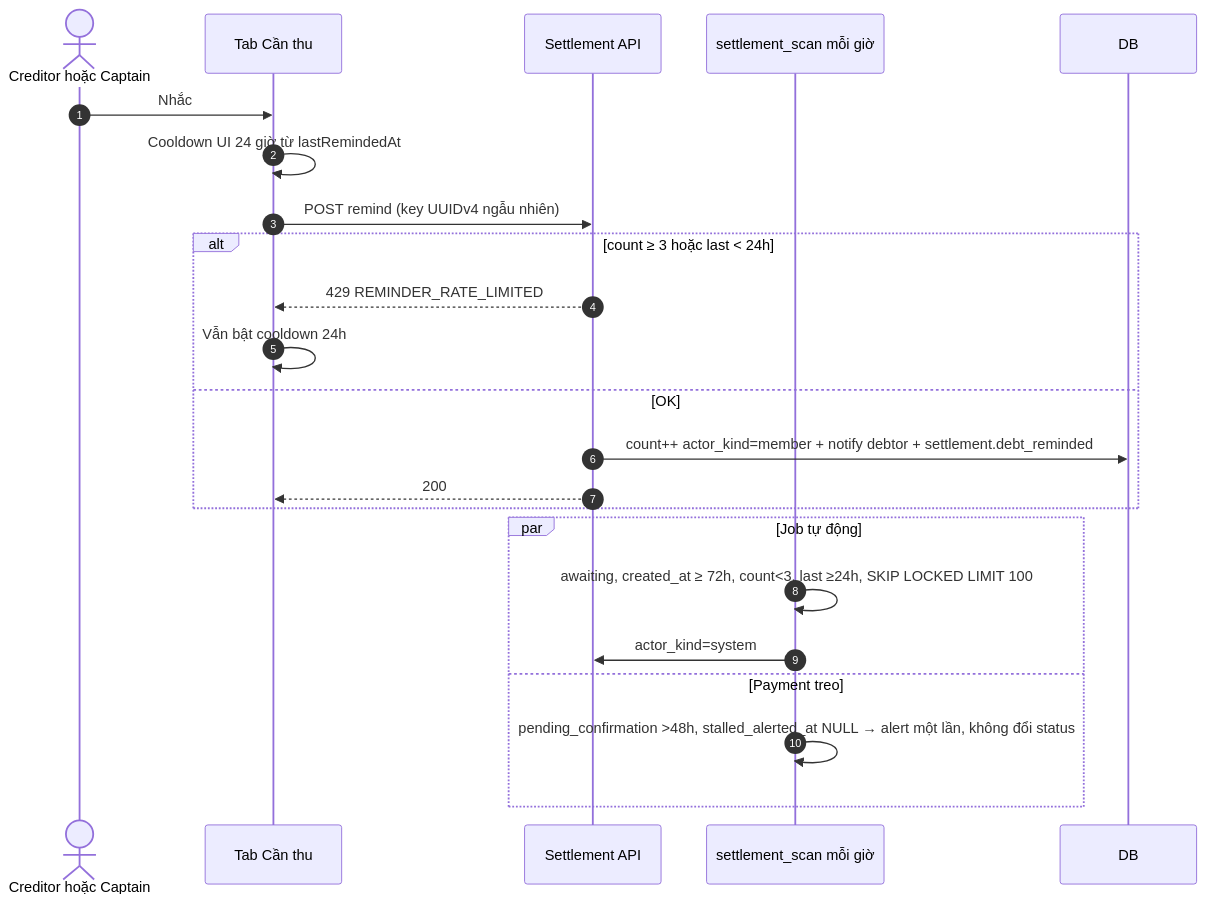
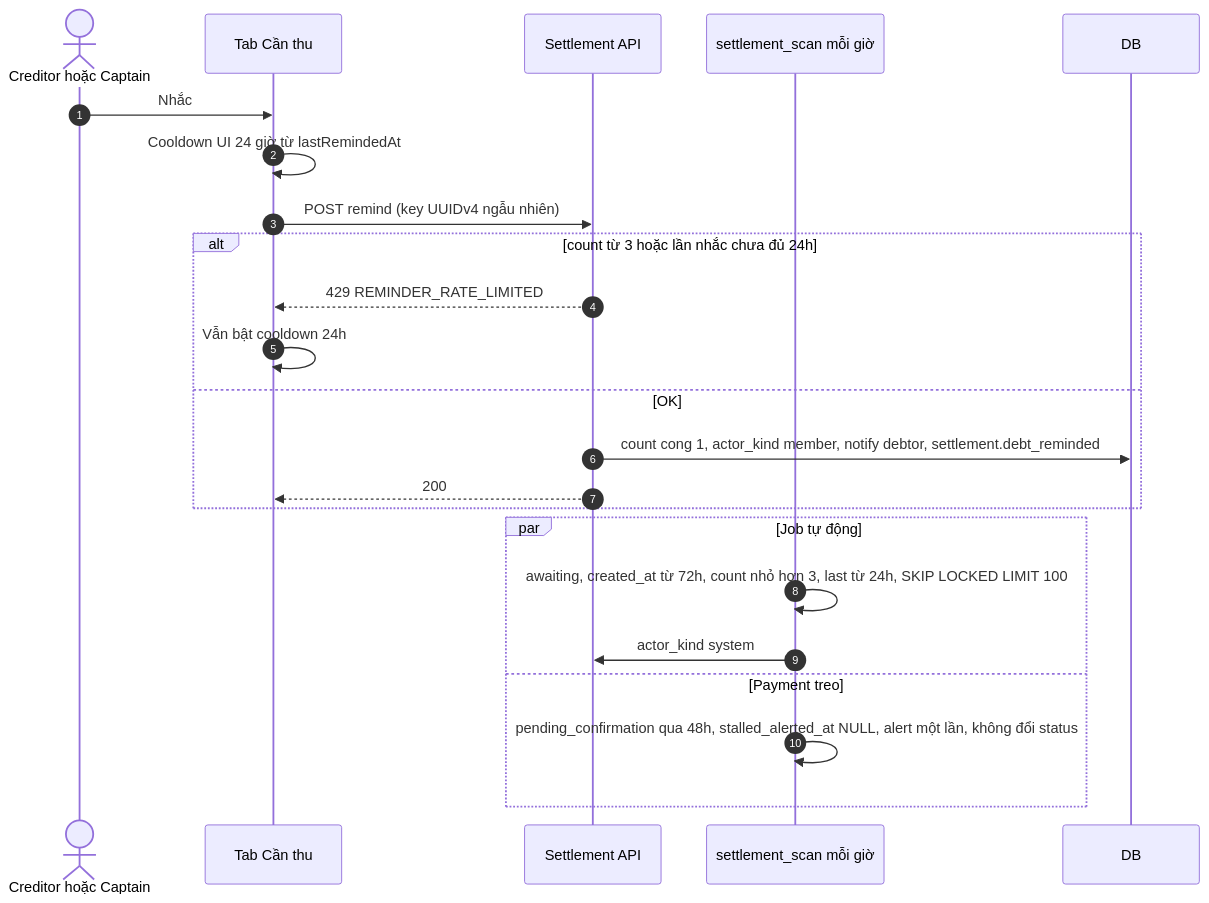
The fifth of 8 diagrams in flow/04-settlement.md (FintechVSF-Tranning/PaySplit-RP), drawn with Mermaid before and after one commit. The commit also changed other lines of this file and 7 other files, not shown here.

First line of the commit message:
Refactor notification flow and admin management documentation

````diff
--- a/flow/04-settlement.md
+++ b/flow/04-settlement.md
@@ -214,26 +254,26 @@
 ```mermaid
 sequenceDiagram
     autonumber
     actor S as Creditor hoặc Captain
     participant FE as Tab Cần thu
     participant BE as Settlement API
     participant Q as settlement_scan mỗi giờ
 
     S->>FE: Nhắc
     FE->>FE: Cooldown UI 24 giờ từ lastRemindedAt
     FE->>BE: POST remind (key UUIDv4 ngẫu nhiên)
-    alt count ≥ 3 hoặc last < 24h
+    alt count từ 3 hoặc lần nhắc chưa đủ 24h
         BE-->>FE: 429 REMINDER_RATE_LIMITED
         FE->>FE: Vẫn bật cooldown 24h
     else OK
-        BE->>DB: count++ actor_kind=member + notify debtor + settlement.debt_reminded
+        BE->>DB: count cong 1, actor_kind member, notify debtor, settlement.debt_reminded
         BE-->>FE: 200
     end
 
     par Job tự động
-        Q->>Q: awaiting, created_at ≥ 72h, count<3, last ≥24h, SKIP LOCKED LIMIT 100
-        Q->>BE: actor_kind=system
+        Q->>Q: awaiting, created_at từ 72h, count nhỏ hơn 3, last từ 24h, SKIP LOCKED LIMIT 100
+        Q->>BE: actor_kind system
     and Payment treo
-        Q->>Q: pending_confirmation >48h, stalled_alerted_at NULL → alert một lần, không đổi status
+        Q->>Q: pending_confirmation qua 48h, stalled_alerted_at NULL, alert một lần, không đổi status
     end
 ```
````
